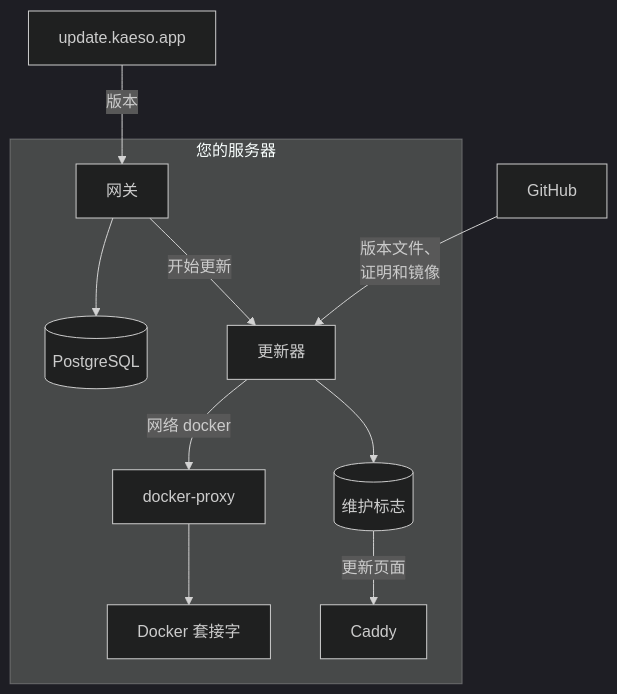
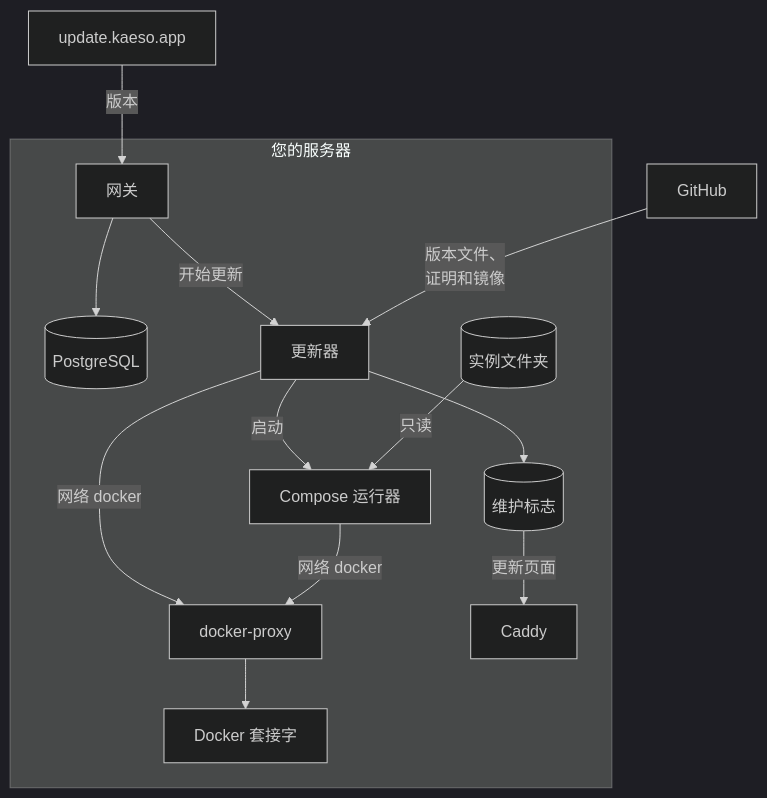
Before and after one commit to logicplanes/kaeso: the diagram in apps/docs/content/zh-CN/development/architecture/updates.md, drawn with Mermaid (dark theme). The commit also changed other lines of this file and 53 other files, not shown here.

First line of the commit message:
Install releases that change compose.yaml through a compose runner, and let the updater replace itself

````diff
--- a/apps/docs/content/zh-CN/development/architecture/updates.md
+++ b/apps/docs/content/zh-CN/development/architecture/updates.md
@@ -9,23 +9,28 @@
 ```mermaid
 flowchart TD
   accTitle: 实例如何得知新版本并完成更新
-  accDescr: 网关从 update.kaeso.app 获取版本列表，把更新状态保存在 PostgreSQL 中，并通过内部网络 updates 用 bearer 令牌让更新器开始更新。更新器从 github.com 获取 release.json 和 compose.yaml，从 api.github.com 获取证明，从 ghcr.io 获取镜像。它只通过内部网络 docker 上的 docker-proxy 访问 Docker 套接字，并写入维护标志，Caddy 读取该标志来提供更新页面和 JSON 503。
+  accDescr: 网关从 update.kaeso.app 获取版本列表，把更新状态保存在 PostgreSQL 中，并通过内部网络 updates 用 bearer 令牌让更新器开始更新。更新器从 github.com 获取 release.json 和 compose.yaml，从 api.github.com 获取证明，从 ghcr.io 获取镜像。它只通过内部网络 docker 上的 docker-proxy 访问 Docker 套接字；它启动的 compose 运行器也是如此，运行器以只读方式读取实例文件夹并运行 Docker Compose。更新器写入维护标志，Caddy 读取该标志来提供更新页面和 JSON 503。
   feed[update.kaeso.app]:::outside
   github[GitHub]:::outside
   subgraph server [您的服务器]
     gateway[网关]:::accent
     postgres[(PostgreSQL)]
     updater[更新器]
+    runner[Compose 运行器]
+    folder[(实例文件夹)]
     proxy[docker-proxy]
     socket[Docker 套接字]
     flag[(维护标志)]
     caddy[Caddy]
   end
   feed -- 版本 --> gateway
   gateway --> postgres
   gateway -- 开始更新 --> updater
   github -- 版本文件、<br>证明和镜像 --> updater
   updater -- 网络 docker --> proxy --> socket
+  updater -- 启动 --> runner
+  folder -- 只读 --> runner
+  runner -- 网络 docker --> proxy
   updater --> flag
   flag -- 更新页面 --> caddy
 ```
````
